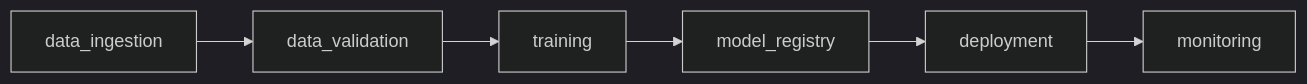
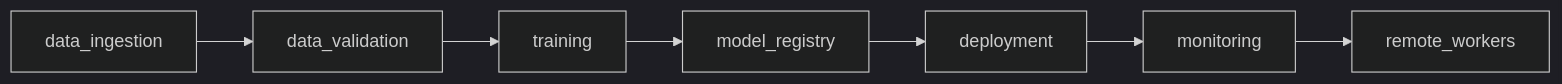
One commit to ruma0236/ML_ServeAPI changed the diagram in enterprise-vision-mlops/docs/pipelines/00_pipeline_overview.md. Above: the diagram before and after it, drawn with Mermaid (dark theme). The commit also changed other lines of this file and 13 other files, not shown here.

````diff
--- a/enterprise-vision-mlops/docs/pipelines/00_pipeline_overview.md
+++ b/enterprise-vision-mlops/docs/pipelines/00_pipeline_overview.md
@@ -9,8 +9,9 @@
 ```mermaid
 flowchart LR
     A["data_ingestion"] --> B["data_validation"]
     B --> C["training"]
     C --> D["model_registry"]
     D --> E["deployment"]
     E --> F["monitoring"]
+    F --> G["remote_workers"]
 ```
````
